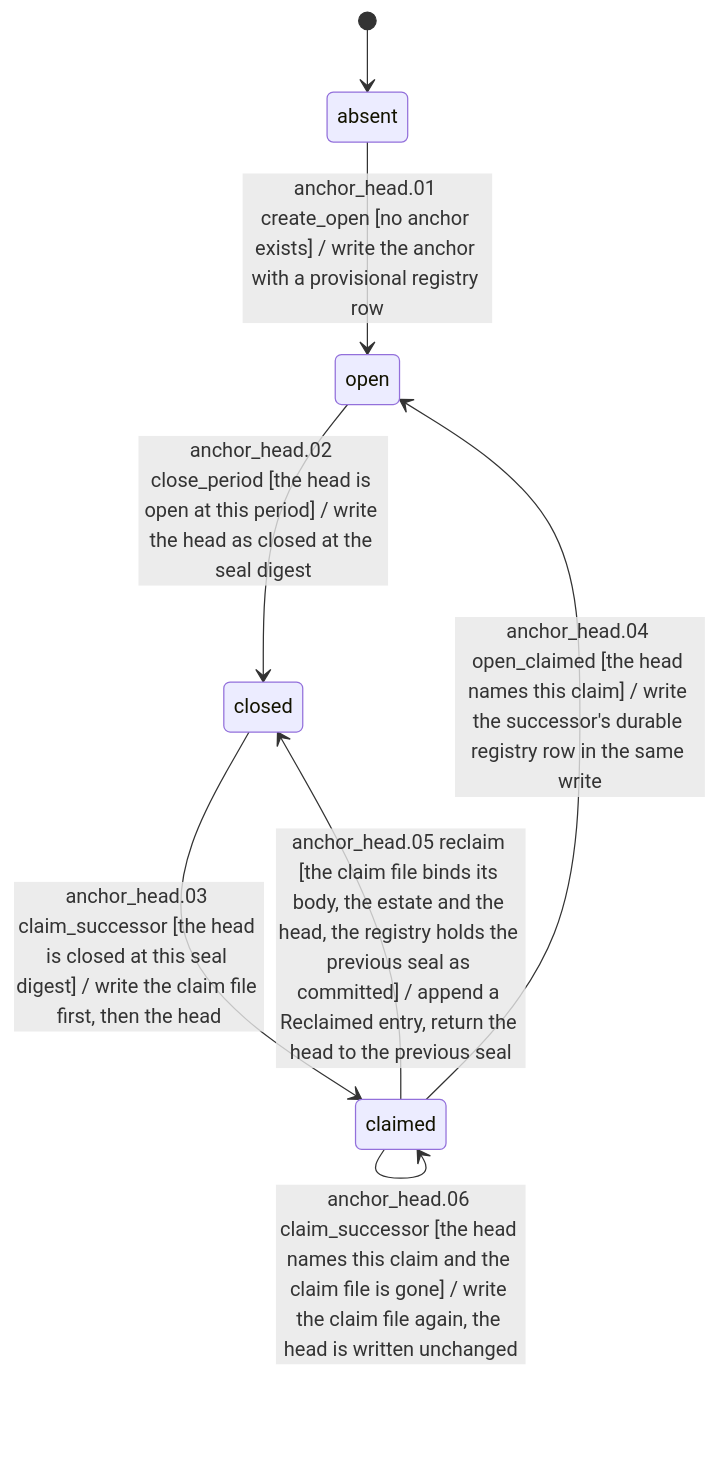
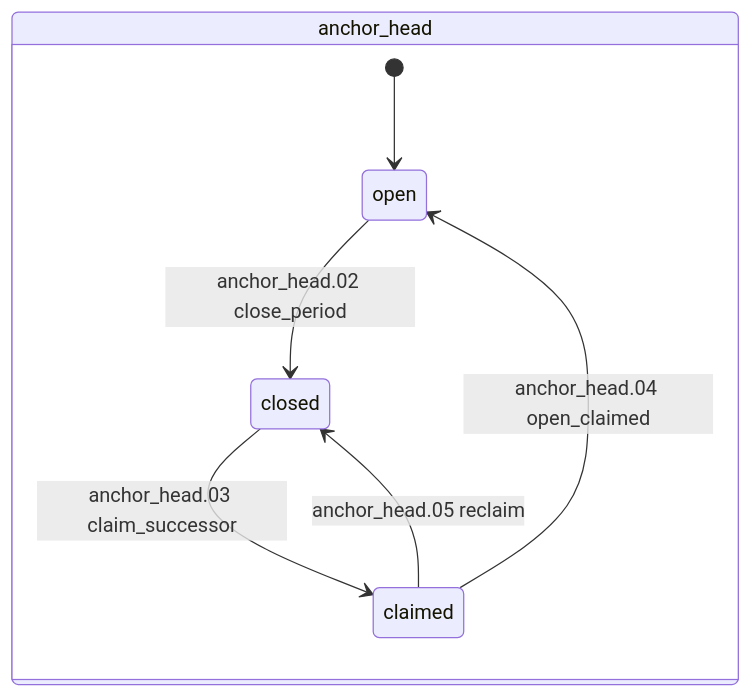
One commit to mrbald/dsl41 changed the fifth of 14 diagrams in docs/state-machines.md. Above: the diagram before and after it, drawn with Mermaid. The commit also changed other lines of this file and 12 other files, not shown here.

Commit message:
DL-336: the anchor's head and period rows run on the statechart executor; a durable file no process owns gets its executor per move

````diff
--- a/docs/state-machines.md
+++ b/docs/state-machines.md
@@ -399,14 +401,14 @@
 ```mermaid
 stateDiagram-v2
-    state "absent" as s0
-    state "claimed" as s1
-    state "closed" as s2
-    state "open" as s3
-    [*] --> s0
-    s0 --> s3 : anchor_head.01 create_open [no anchor exists] / write the anchor with a provisional registry row
-    s3 --> s2 : anchor_head.02 close_period [the head is open at this period] / write the head as closed at the seal digest
-    s2 --> s1 : anchor_head.03 claim_successor [the head is closed at this seal digest] / write the claim file first, then the head
-    s1 --> s3 : anchor_head.04 open_claimed [the head names this claim] / write the successor's durable registry row in the same write
-    s1 --> s2 : anchor_head.05 reclaim [the claim file binds its body, the estate and the head, the registry holds the previous seal as committed] / append a Reclaimed entry, return the head to the previous seal
-    s1 --> s1 : anchor_head.06 claim_successor [the head names this claim and the claim file is gone] / write the claim file again, the head is written unchanged
+    state "anchor_head" as s0
+    state s0 {
+        [*] --> s3
+        state "open" as s3
+        state "closed" as s2
+        state "claimed" as s1
+    }
+    s3 --> s2 : anchor_head.02 close_period
+    s2 --> s1 : anchor_head.03 claim_successor
+    s1 --> s3 : anchor_head.04 open_claimed
+    s1 --> s2 : anchor_head.05 reclaim
 ```
````
